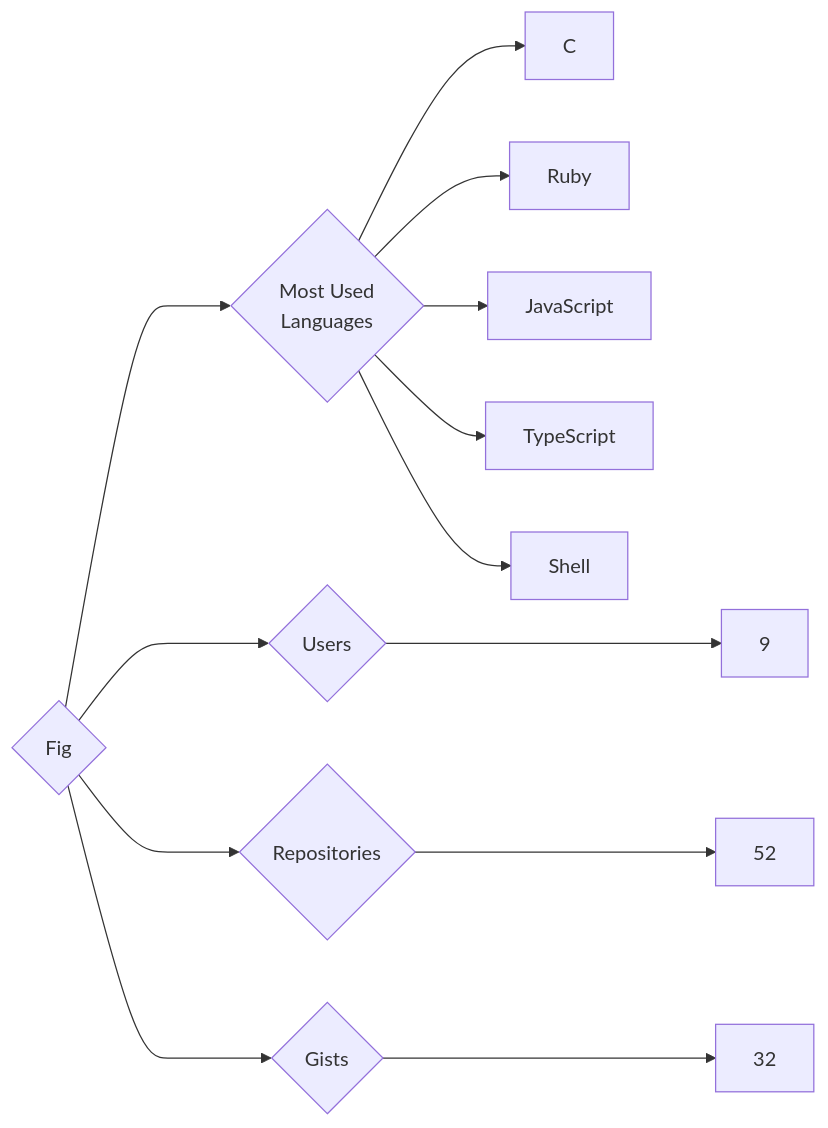
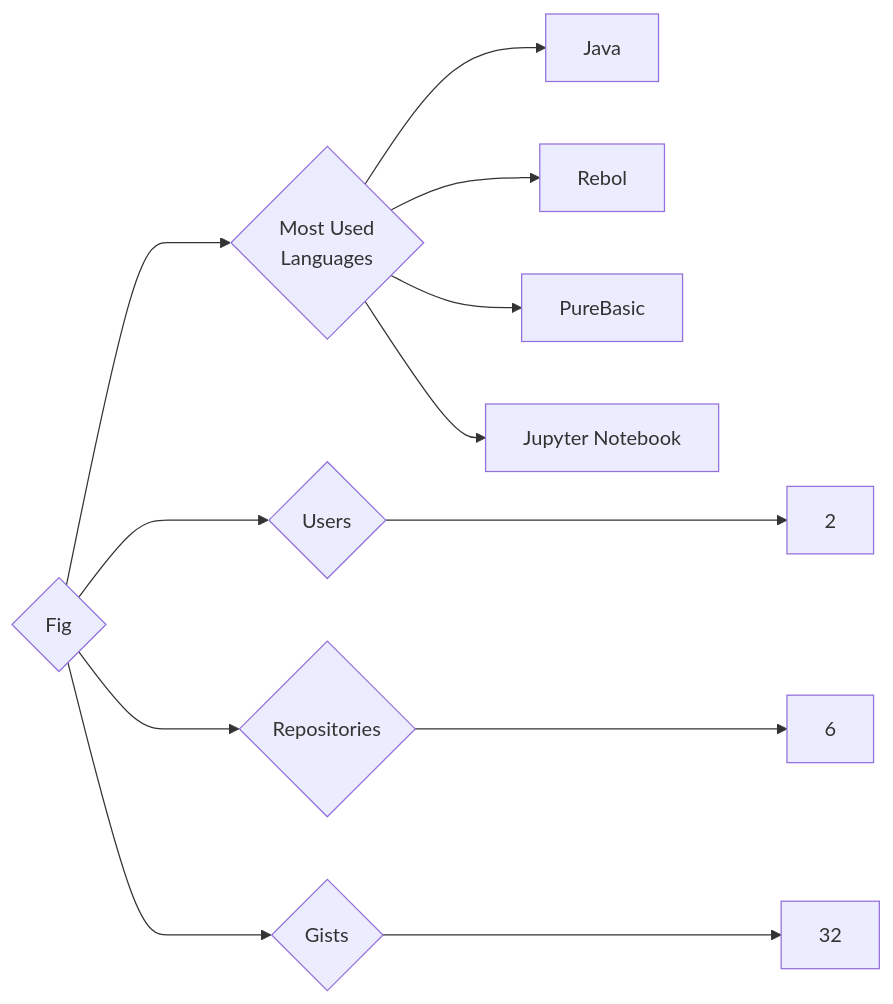
One commit to trickest/insiders changed the diagram in targets/Fig/README.md. Above: the diagram before and after it, drawn with Mermaid. The commit also changed 618 other files, not shown here.

````diff
--- a/targets/Fig/README.md
+++ b/targets/Fig/README.md
@@ -3,13 +3,12 @@
 ```mermaid
 graph LR
 COMPANY_NAME{Fig}
-COMPANY_NAME ---> U{Users} ---> UN[9]
-COMPANY_NAME ---> R{Repositories} ---> RN[52]
+COMPANY_NAME ---> U{Users} ---> UN[2]
+COMPANY_NAME ---> R{Repositories} ---> RN[6]
 COMPANY_NAME ---> G{Gists} ---> GN[32]
 COMPANY_NAME ---> ML{Most Used<br>Languages}
-ML --> C[C]
-ML --> Ruby[Ruby]
-ML --> JavaScript[JavaScript]
-ML --> TypeScript[TypeScript]
-ML --> Shell[Shell]
+ML --> Java[Java]
+ML --> Rebol[Rebol]
+ML --> PureBasic[PureBasic]
+ML --> Jupyter_Notebook[Jupyter Notebook]
 ```
````
